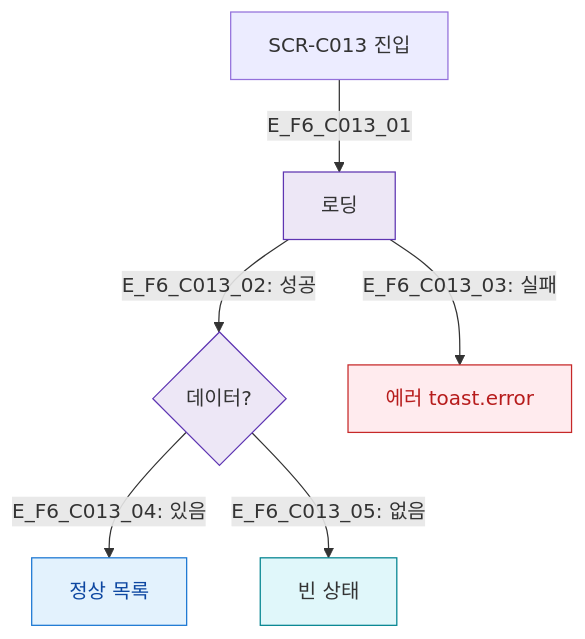
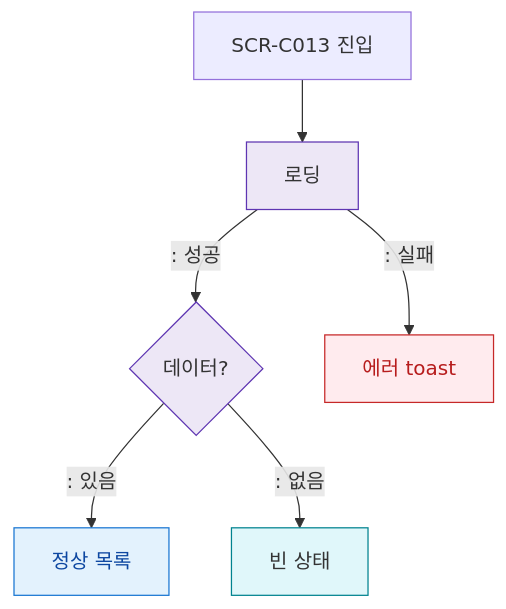
The diagram in docs/다이어그램/D04_수업관리/SCR-C013_수업평가피드백/F6_상태별.md (dev-spogym/admin-pando), drawn with Mermaid before and after one commit. The commit also changed other lines of this file and 1660 other files, not shown here.

First line of the commit message:
다이어그램: 기획자/클라이언트 납품본으로 정리

````diff
--- a/docs/다이어그램/D04_수업관리/SCR-C013_수업평가피드백/F6_상태별.md
+++ b/docs/다이어그램/D04_수업관리/SCR-C013_수업평가피드백/F6_상태별.md
@@ -20,18 +18,18 @@
 ```mermaid
 flowchart TD
-  Enter[SCR-C013 진입] -->|E_F6_C013_01| Loading[로딩]
-  Loading -->|"E_F6_C013_02: 성공"| DataCheck{데이터?}
-  Loading -->|"E_F6_C013_03: 실패"| ErrState[에러 toast.error]
-  DataCheck -->|"E_F6_C013_04: 있음"| NormalView[정상 목록]
-  DataCheck -->|"E_F6_C013_05: 없음"| EmptyView[빈 상태]
+  Enter[SCR-C013 진입] --> Loading[로딩]
+  Loading -->|": 성공"|DataCheck{데이터?}
+  Loading -->|": 실패"|ErrState[에러 toast]
+  DataCheck -->|": 있음"|NormalView[정상 목록]
+  DataCheck -->|": 없음"|EmptyView[빈 상태]
   classDef screen fill:#E3F2FD,stroke:#1976D2,color:#0D47A1
   classDef system fill:#EDE7F6,stroke:#5E35B2
   classDef error fill:#FFEBEE,stroke:#C62828,color:#B71C1C
   classDef info fill:#E0F7FA,stroke:#00838F
   classDef newFeature fill:#F3E5F5,stroke:#7B1FA2,color:#4A148C,stroke-dasharray:6 3
   class SCR_NODE newFeature
   class NormalView screen
   class Loading,DataCheck system
   class ErrState error
   class EmptyView info
 ```
````
